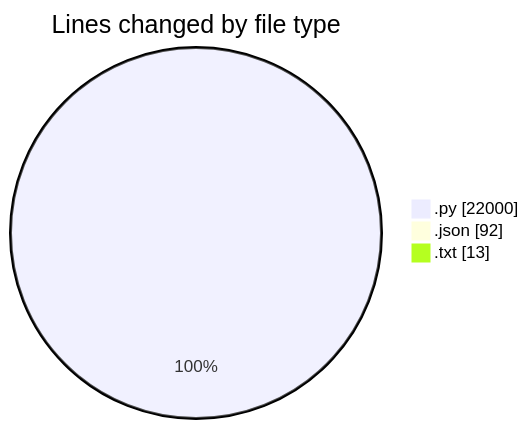
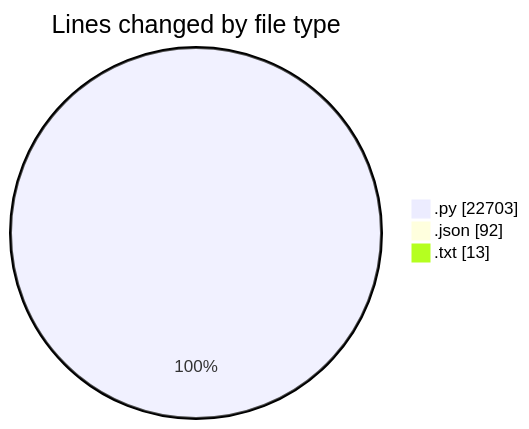
Before and after one commit to jrari/code-tracking: the first of 2 diagrams in 2025-07-13/telebot/README.md, drawn with Mermaid. The commit also changed other lines of this file and 1 other file, not shown here.

````diff
--- a/2025-07-13/telebot/README.md
+++ b/2025-07-13/telebot/README.md
@@ -56,7 +57,7 @@
 ```mermaid
 pie showData
 title Lines changed by file type
-".py" : 22000
+".py" : 22703
 ".json" : 92
 ".txt" : 13
 ```
````
